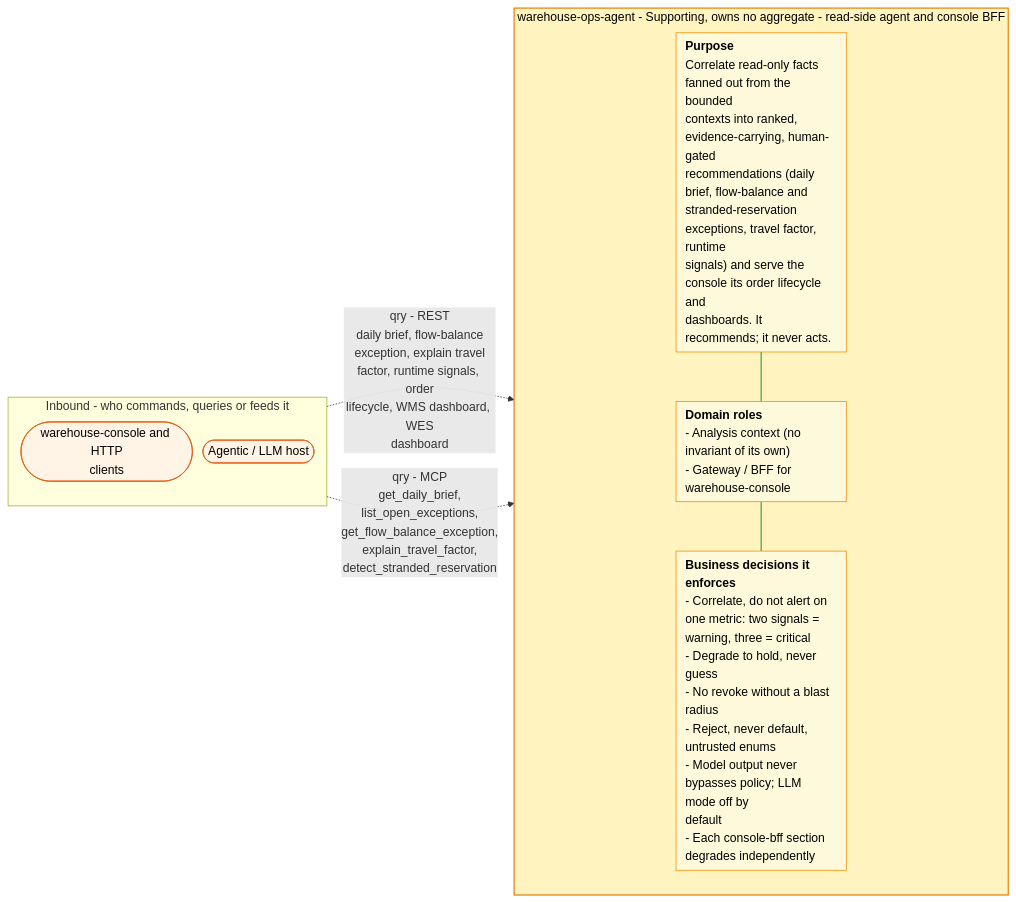
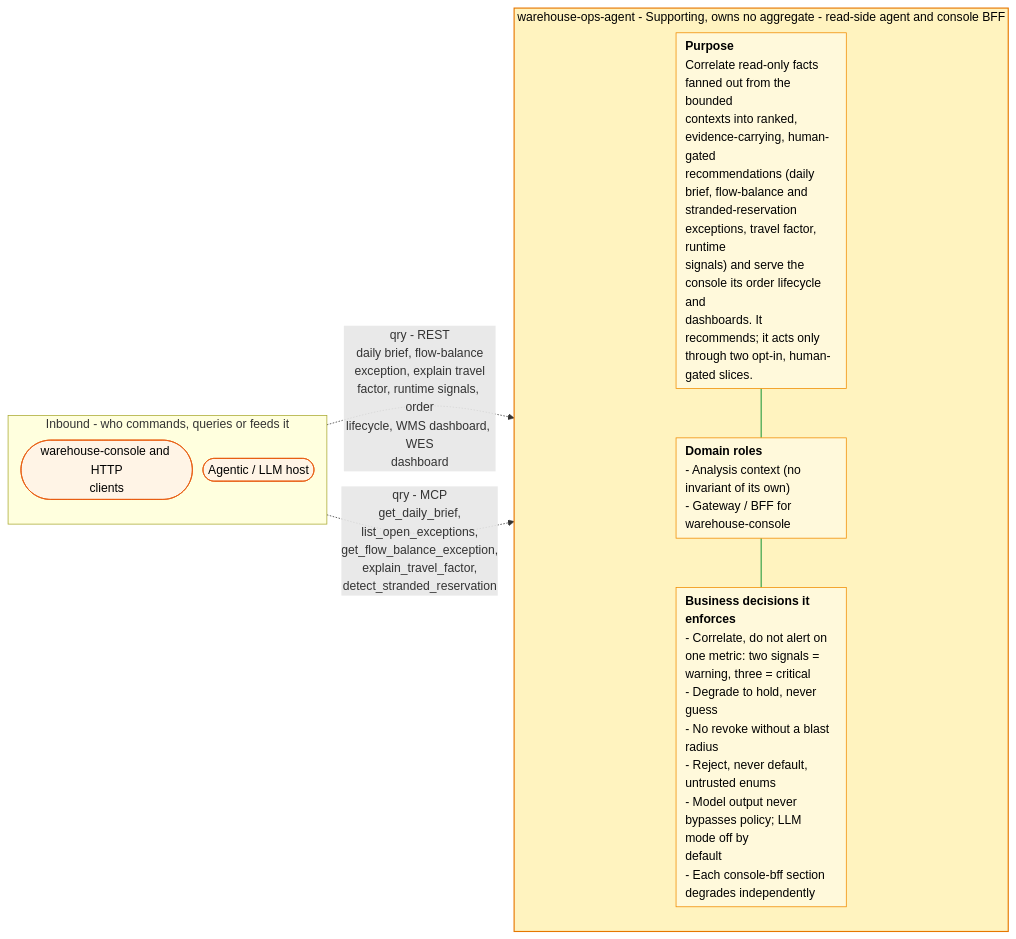
One commit to IQVO/warehouse-ops-agent changed the first of 2 diagrams in docs/docs/ddd/bounded-context-canvas.md. Above: the diagram before and after it, drawn with Mermaid. The commit also changed 2 other files, not shown here.

Commit message:
docs: warehouse-ops-agent docs state the two act slices (troubleshooting, domain vision, canvas)

````diff
--- a/docs/docs/ddd/bounded-context-canvas.md
+++ b/docs/docs/ddd/bounded-context-canvas.md
@@ -36,28 +36,28 @@
 ```mermaid
 %%{init: {"flowchart": {"nodeSpacing": 14, "rankSpacing": 40, "padding": 6}}}%%
 flowchart LR
     classDef bc fill:#fff3bf,stroke:#e67700,stroke-width:1.5px,color:#000
     classDef card fill:#fff9db,stroke:#f08c00,color:#000,text-align:left
     classDef ctx fill:#e7f5ff,stroke:#1c7ed6,color:#000
     classDef actor fill:#fff4e6,stroke:#e8590c,color:#000
     classDef ext fill:#ffe3e3,stroke:#c92a2a,color:#000
     classDef self fill:#f1f3f5,stroke:#868e96,color:#000
     classDef none fill:#f8f9fa,stroke:#adb5bd,stroke-dasharray:5 5,color:#495057
     subgraph IN["Inbound - who commands, queries or feeds it"]
         direction TB
         in0(["warehouse-console and HTTP<br/>clients"]):::actor
         in1(["Agentic / LLM host"]):::actor
     end
     subgraph BC["warehouse-ops-agent - Supporting, owns no aggregate - read-side agent and console BFF"]
         direction TB
-        purpose["<b>Purpose</b><br/>Correlate read-only facts fanned out from the bounded<br/>contexts into ranked, evidence-carrying, human-gated<br/>recommendations (daily brief, flow-balance and<br/>stranded-reservation exceptions, travel factor, runtime<br/>signals) and serve the console its order lifecycle and<br/>dashboards. It recommends; it never acts."]:::card
+        purpose["<b>Purpose</b><br/>Correlate read-only facts fanned out from the bounded<br/>contexts into ranked, evidence-carrying, human-gated<br/>recommendations (daily brief, flow-balance and<br/>stranded-reservation exceptions, travel factor, runtime<br/>signals) and serve the console its order lifecycle and<br/>dashboards. It recommends; it acts only through two opt-in, human-gated slices."]:::card
         roles["<b>Domain roles</b><br/>- Analysis context (no invariant of its own)<br/>- Gateway / BFF for warehouse-console"]:::card
         rules["<b>Business decisions it enforces</b><br/>- Correlate, do not alert on one metric: two signals =<br/>warning, three = critical<br/>- Degrade to hold, never guess<br/>- No revoke without a blast radius<br/>- Reject, never default, untrusted enums<br/>- Model output never bypasses policy; LLM mode off by<br/>default<br/>- Each console-bff section degrades independently"]:::card
         purpose ~~~ roles ~~~ rules
     end
     in0 -.->|"qry - REST<br/>daily brief, flow-balance<br/>exception, explain travel<br/>factor, runtime signals, order<br/>lifecycle, WMS dashboard, WES<br/>dashboard"| BC
     in1 -.->|"qry - MCP<br/>get_daily_brief,<br/>list_open_exceptions,<br/>get_flow_balance_exception,<br/>explain_travel_factor,<br/>detect_stranded_reservation"| BC
     linkStyle 0 stroke:#2f9e44,stroke-width:1.5px
     linkStyle 1 stroke:#2f9e44,stroke-width:1.5px
     class BC bc
 ```
````
